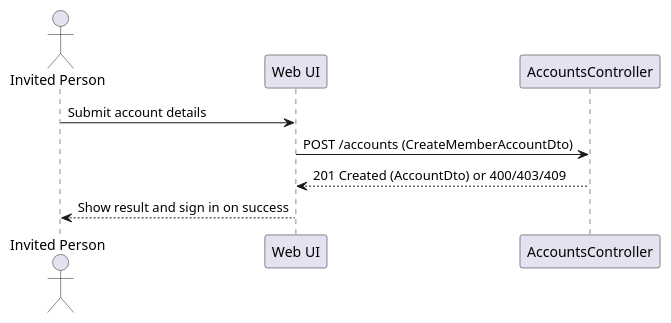
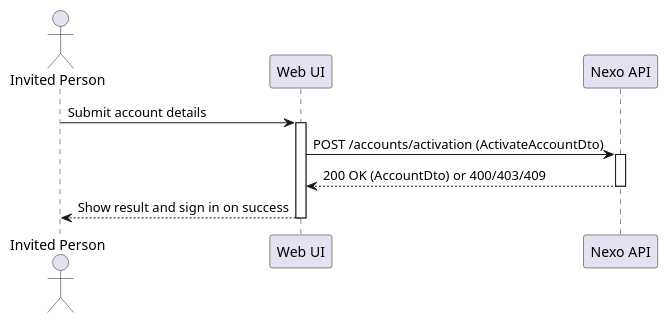
Before and after one commit to vscosousa/Nexo: the diagram in docs/us/US-003/sd/level-2/puml/US-003-level-2.puml, drawn with PlantUML. The commit also changed 60 other files, not shown here.

Commit message:
Restructure SSD/SD diagrams: activation bars, FE/BE split

```diff
--- a/docs/us/US-003/sd/level-2/puml/US-003-level-2.puml
+++ b/docs/us/US-003/sd/level-2/puml/US-003-level-2.puml
@@ -1,9 +1,13 @@
 @startuml
 actor "Invited Person" as Person
 participant "Web UI" as UI
-participant "AccountsController" as Controller
+participant "Nexo API" as API
 Person -> UI: Submit account details
-UI -> Controller: POST /accounts (CreateMemberAccountDto)
-Controller --> UI: 201 Created (AccountDto) or 400/403/409
+activate UI
+UI -> API: POST /accounts/activation (ActivateAccountDto)
+activate API
+API --> UI: 200 OK (AccountDto) or 400/403/409
+deactivate API
 UI --> Person: Show result and sign in on success
+deactivate UI
 @enduml
```
